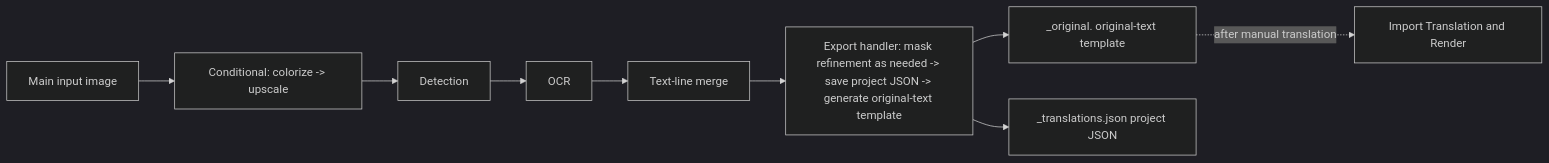
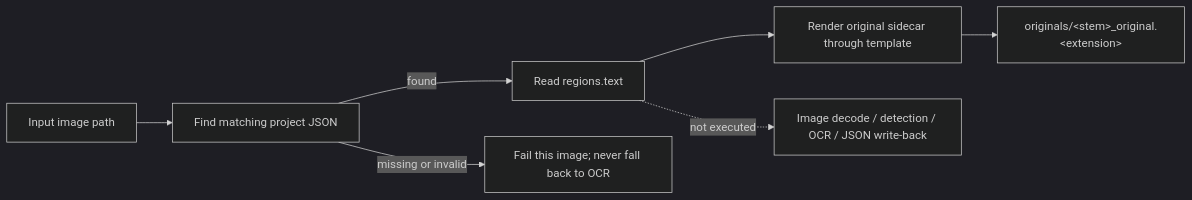
The diagram in doc/wiki/en/workflows/export-original.md (hgmzhn/manga-translator-ui), drawn with Mermaid (dark theme) before and after one commit. The commit also changed other lines of this file and 28 other files, not shown here.

Commit message:
feat: export text from local project JSON

````diff
--- a/doc/wiki/en/workflows/export-original.md
+++ b/doc/wiki/en/workflows/export-original.md
@@ -36,9 +36,8 @@
 ```mermaid
 flowchart LR
-    Input["Main input image"] --> Pre["Conditional: colorize -> upscale"]
-    Pre --> Detect["Detection"] --> OCR["OCR"] --> Merge["Text-line merge"]
-    Merge --> Export["Export handler: mask refinement as needed -> save project JSON -> generate original-text template"]
-    Export --> Tpl["_original.<format> original-text template"]
-    Export --> Json["_translations.json project JSON"]
-    Tpl -. "after manual translation" .-> Import["Import Translation and Render"]
+    Input["Input image path"] --> Find["Find matching project JSON"]
+    Find -->|found| Read["Read regions.text"] --> Export["Render original sidecar through template"]
+    Export --> Tpl["originals/&lt;stem&gt;_original.&lt;extension&gt;"]
+    Find -->|missing or invalid| Fail["Fail this image; never fall back to OCR"]
+    Read -. "not executed" .-> Skip["Image decode / detection / OCR / JSON write-back"]
 ```
````
